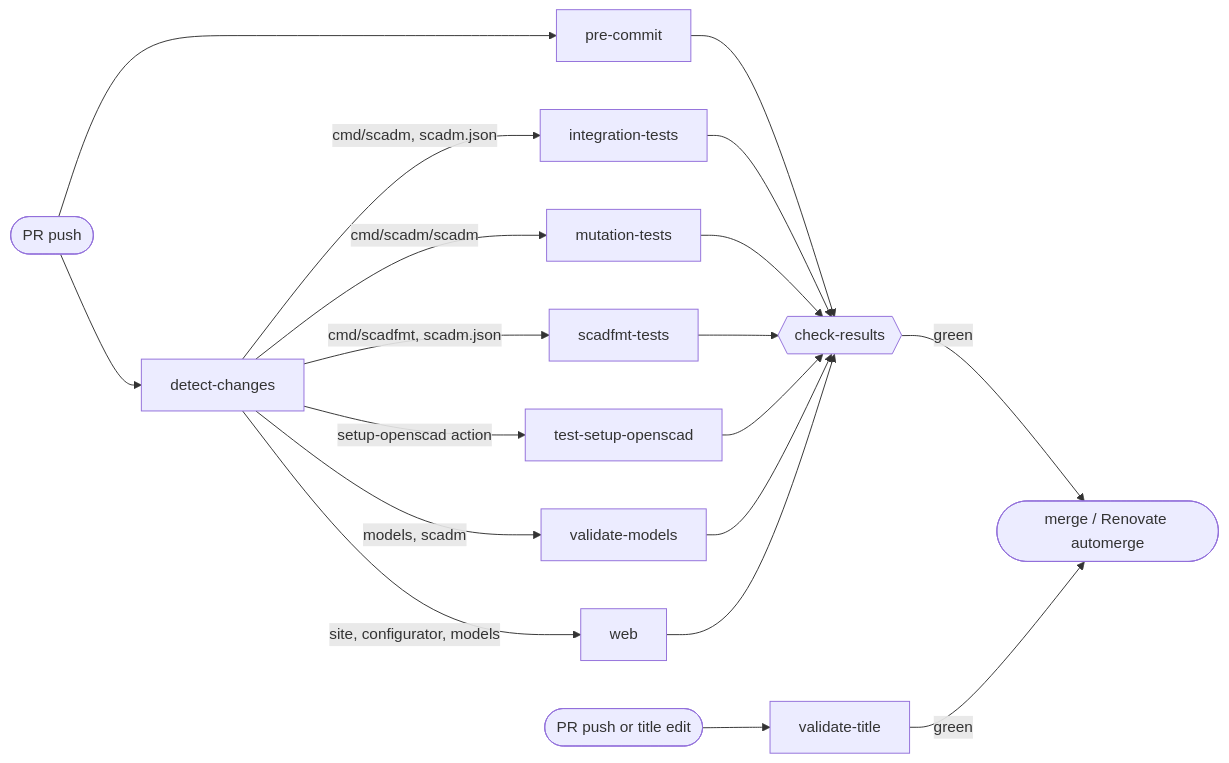
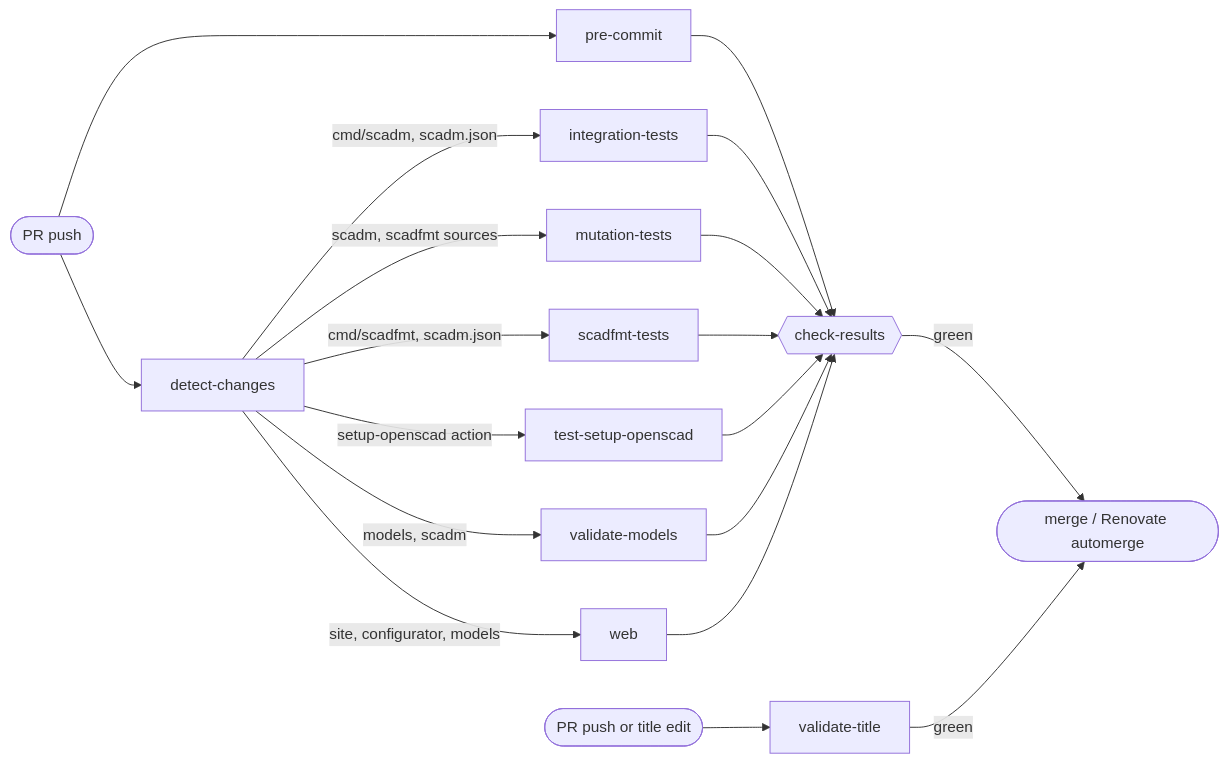
Before and after one commit to kellerlabs/homeracker: the diagram in .github/workflows/README.md, drawn with Mermaid. The commit also changed other lines of this file and 18 other files, not shown here.

First line of the commit message:
feat(scadfmt): add coverage and mutation testing with badges (#521)

````diff
--- a/.github/workflows/README.md
+++ b/.github/workflows/README.md
@@ -7,14 +7,14 @@
 ```mermaid
 flowchart LR
     pr([PR push]) --> dc[detect-changes]
     pr --> pc[pre-commit]
     dc -->|cmd/scadm, scadm.json| it[integration-tests]
-    dc -->|cmd/scadm/scadm| mt[mutation-tests]
+    dc -->|scadm, scadfmt sources| mt[mutation-tests]
     dc -->|cmd/scadfmt, scadm.json| sf[scadfmt-tests]
     dc -->|setup-openscad action| so[test-setup-openscad]
     dc -->|models, scadm| vm[validate-models]
     dc -->|site, configurator, models| web[web]
     pc & it & mt & sf & so & vm & web --> cr{{check-results}}
     cr -->|green| merge([merge / Renovate automerge])
     pr2([PR push or title edit]) --> title[validate-title] -->|green| merge
 ```
````
